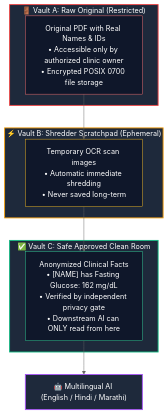
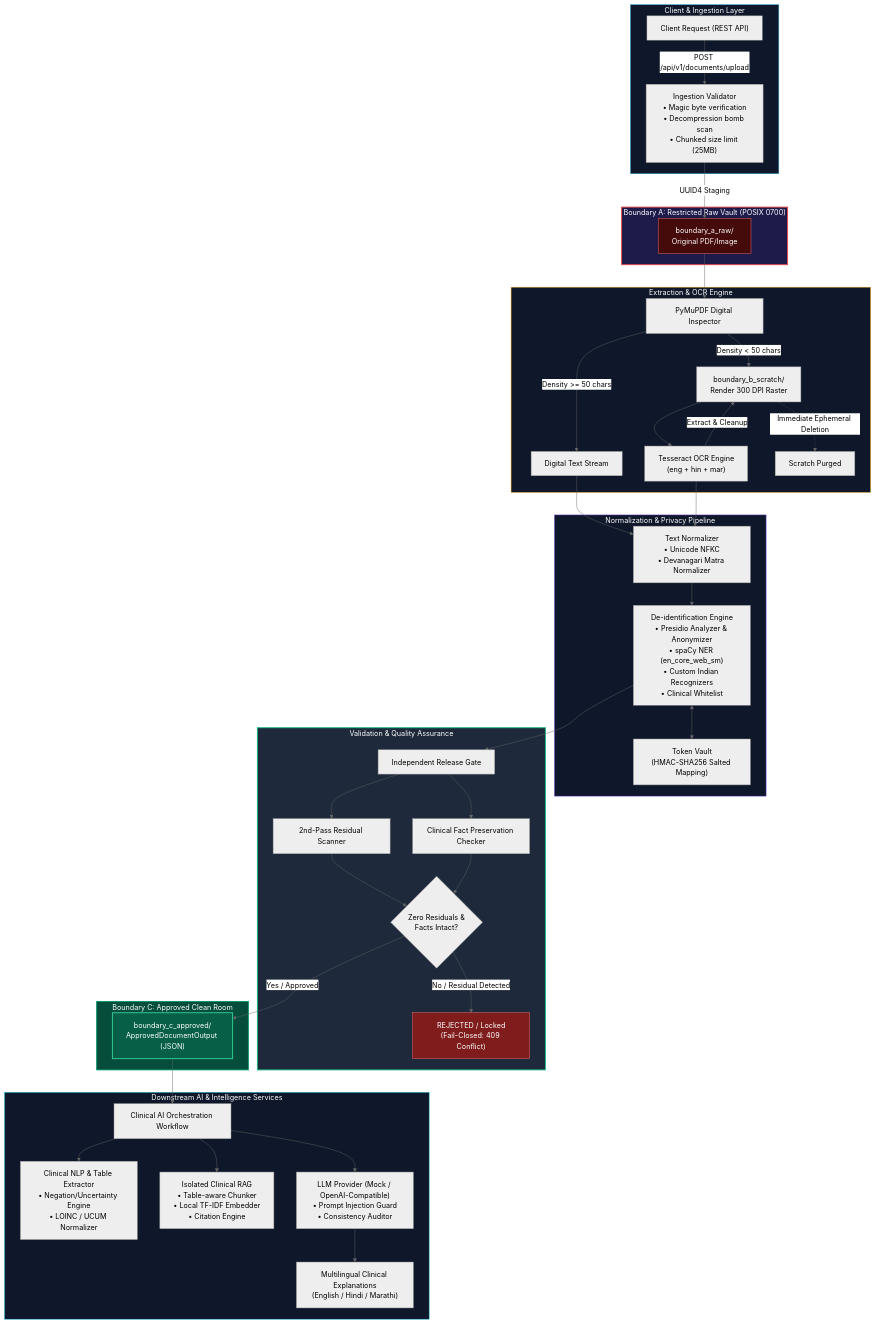
The diagram in README.md (AbhijeetArunGore/Clinivara), drawn with Mermaid (neutral theme) before and after one commit. The commit also changed other lines of this file and 1 other file, not shown here.

Commit message:
docs(readme): comprehensively upgrade README with two-layer tech deep dive and unified runner

````diff
--- a/README.md
+++ b/README.md
@@ -59,26 +95,58 @@
 ```mermaid
-graph TD
-    subgraph VaultA ["🚪 Vault A: Raw Original (Restricted)"]
-        Raw["Original PDF with Real Names & IDs<br/>• Accessible only by authorized clinic owner<br/>• Encrypted POSIX 0700 file storage"]
+flowchart TD
+    subgraph ClientLayer ["Client & Ingestion Layer"]
+        User["Client Request (REST API)"] -->|POST /api/v1/documents/upload| IngestionValidator["Ingestion Validator<br/>• Magic byte verification<br/>• Decompression bomb scan<br/>• Chunked size limit (25MB)"]
     end
 
-    subgraph VaultB ["⚡ Vault B: Shredder Scratchpad (Ephemeral)"]
-        Scratch["Temporary OCR scan images<br/>• Automatic immediate shredding<br/>• Never saved long-term"]
+    subgraph BoundaryA ["Boundary A: Restricted Raw Vault (POSIX 0700)"]
+        IngestionValidator -->|UUID4 Staging| RawVault["boundary_a_raw/<br/>Original PDF/Image"]
     end
 
-    subgraph VaultC ["✅ Vault C: Safe Approved Clean Room"]
-        Clean["Anonymized Clinical Facts<br/>• [NAME] has Fasting Glucose: 162 mg/dL<br/>• Verified by independent privacy gate<br/>• Downstream AI can ONLY read from here"]
+    subgraph ExtractionStage ["Extraction & OCR Engine"]
+        RawVault --> PyMuPDF["PyMuPDF Digital Inspector"]
+        PyMuPDF -->|Density >= 50 chars| DirectText["Digital Text Stream"]
+        PyMuPDF -->|Density < 50 chars| ScratchVault["boundary_b_scratch/<br/>Render 300 DPI Raster"]
+        ScratchVault --> Tesseract["Tesseract OCR Engine<br/>(eng + hin + mar)"]
+        Tesseract -->|Extract & Cleanup| ScratchVault
+        ScratchVault -.->|Immediate Ephemeral Deletion| CleanScratch["Scratch Purged"]
     end
 
-    Raw --> Scratch
-    Scratch --> Clean
-    Clean --> AI["🤖 Multilingual AI (English / Hindi / Marathi)"]
+    subgraph NormalizationAndDeid ["Normalization & Privacy Pipeline"]
+        DirectText --> Normalizer["Text Normalizer<br/>• Unicode NFKC<br/>• Devanagari Matra Normalizer"]
+        Tesseract --> Normalizer
+        Normalizer --> DeidEngine["De-identification Engine<br/>• Presidio Analyzer & Anonymizer<br/>• spaCy NER (en_core_web_sm)<br/>• Custom Indian Recognizers<br/>• Clinical Whitelist"]
+        DeidEngine <--> TokenVault["Token Vault<br/>(HMAC-SHA256 Salted Mapping)"]
+    end
 
-    style VaultA fill:#1e293b,stroke:#ef4444,stroke-width:2px,color:#ffffff
-    style VaultB fill:#1e293b,stroke:#f59e0b,stroke-width:2px,color:#ffffff
-    style VaultC fill:#1e293b,stroke:#10b981,stroke-width:2px,color:#ffffff
-    style Raw fill:#0f172a,stroke:#f87171,stroke-width:1px,color:#ffffff
-    style Scratch fill:#0f172a,stroke:#fbbf24,stroke-width:1px,color:#ffffff
-    style Clean fill:#0f172a,stroke:#34d399,stroke-width:1px,color:#ffffff
-    style AI fill:#1e293b,stroke:#a855f7,stroke-width:2px,color:#ffffff
+    subgraph VerificationGate ["Validation & Quality Assurance"]
+        DeidEngine --> ReleaseGate["Independent Release Gate"]
+        ReleaseGate --> ResidualScan["2nd-Pass Residual Scanner"]
+        ReleaseGate --> UtilityCheck["Clinical Fact Preservation Checker"]
+        ResidualScan --> GateDecision{"Zero Residuals &<br/>Facts Intact?"}
+        UtilityCheck --> GateDecision
+        GateDecision -->|No / Residual Detected| Rejected["REJECTED / Locked<br/>(Fail-Closed: 409 Conflict)"]
+    end
+
+    subgraph BoundaryC ["Boundary C: Approved Clean Room"]
+        GateDecision -->|Yes / Approved| ApprovedVault["boundary_c_approved/<br/>ApprovedDocumentOutput (JSON)"]
+    end
+
+    subgraph DownstreamAI ["Downstream AI & Intelligence Services"]
+        ApprovedVault --> AIWorkflow["Clinical AI Orchestration Workflow"]
+        AIWorkflow --> ClinicalNLP["Clinical NLP & Table Extractor<br/>• Negation/Uncertainty Engine<br/>• LOINC / UCUM Normalizer"]
+        AIWorkflow --> RAGSubsystem["Isolated Clinical RAG<br/>• Table-aware Chunker<br/>• Local TF-IDF Embedder<br/>• Citation Engine"]
+        AIWorkflow --> LLMProviders["LLM Provider (Mock / OpenAI-Compatible)<br/>• Prompt Injection Guard<br/>• Consistency Auditor"]
+        LLMProviders --> MultilingualOut["Multilingual Clinical Explanations<br/>(English / Hindi / Marathi)"]
+    end
+
+    style ClientLayer fill:#0f172a,stroke:#38bdf8,stroke-width:1px,color:#ffffff
+    style BoundaryA fill:#1e1b4b,stroke:#ef4444,stroke-width:2px,color:#ffffff
+    style ExtractionStage fill:#0f172a,stroke:#f59e0b,stroke-width:1px,color:#ffffff
+    style NormalizationAndDeid fill:#0f172a,stroke:#8b5cf6,stroke-width:1px,color:#ffffff
+    style VerificationGate fill:#1e293b,stroke:#10b981,stroke-width:2px,color:#ffffff
+    style BoundaryC fill:#064e3b,stroke:#059669,stroke-width:2px,color:#ffffff
+    style DownstreamAI fill:#0f172a,stroke:#06b6d4,stroke-width:1px,color:#ffffff
+    style Rejected fill:#7f1d1d,stroke:#f87171,stroke-width:1px,color:#ffffff
+    style ApprovedVault fill:#065f46,stroke:#34d399,stroke-width:2px,color:#ffffff
+    style RawVault fill:#450a0a,stroke:#f87171,stroke-width:1px,color:#ffffff
 ```
````
